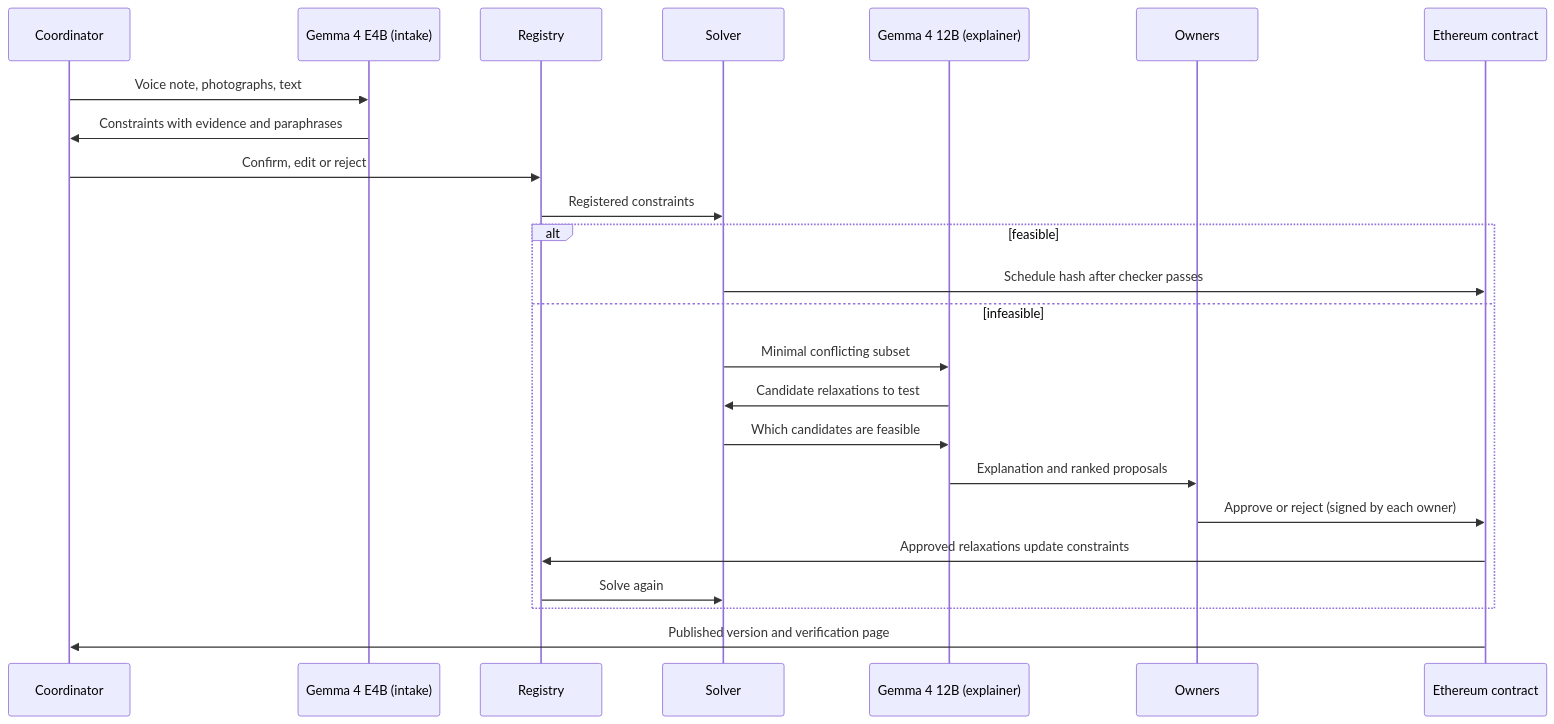
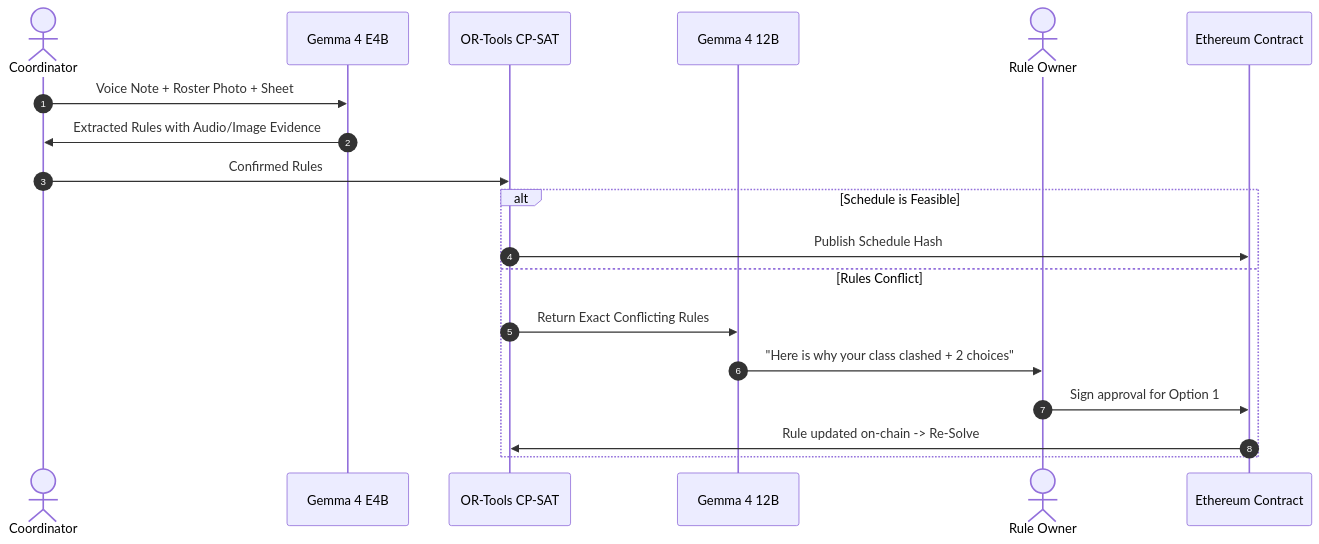
Before and after one commit to ANUJ760/PhishTank: the fourth of 5 diagrams in README.md, drawn with Mermaid. The commit also changed other lines of this file, not shown here.

````diff
--- a/README.md
+++ b/README.md
@@ -304,26 +229,23 @@
 ```mermaid
 sequenceDiagram
-    participant C as Coordinator
-    participant G as Gemma 4 E4B (intake)
-    participant R as Registry
-    participant S as Solver
-    participant X as Gemma 4 12B (explainer)
-    participant O as Owners
-    participant E as Ethereum contract
-    C->>G: Voice note, photographs, text
-    G->>C: Constraints with evidence and paraphrases
-    C->>R: Confirm, edit or reject
-    R->>S: Registered constraints
-    alt feasible
-        S->>E: Schedule hash after checker passes
-    else infeasible
-        S->>X: Minimal conflicting subset
-        X->>S: Candidate relaxations to test
-        S->>X: Which candidates are feasible
-        X->>O: Explanation and ranked proposals
-        O->>E: Approve or reject (signed by each owner)
-        E->>R: Approved relaxations update constraints
-        R->>S: Solve again
+    autonumber
+    actor Coordinator
+    participant Gemma as Gemma 4 E4B
+    participant Solver as OR-Tools CP-SAT
+    participant Explainer as Gemma 4 12B
+    actor Teacher as Rule Owner
+    participant Chain as Ethereum Contract
+
+    Coordinator->>Gemma: Voice Note + Roster Photo + Sheet
+    Gemma->>Coordinator: Extracted Rules with Audio/Image Evidence
+    Coordinator->>Solver: Confirmed Rules
+    
+    alt Schedule is Feasible
+        Solver->>Chain: Publish Schedule Hash
+    else Rules Conflict
+        Solver->>Explainer: Return Exact Conflicting Rules
+        Explainer->>Teacher: "Here is why your class clashed + 2 choices"
+        Teacher->>Chain: Sign approval for Option 1
+        Chain->>Solver: Rule updated on-chain -> Re-Solve
     end
-    E->>C: Published version and verification page
 ```
````
